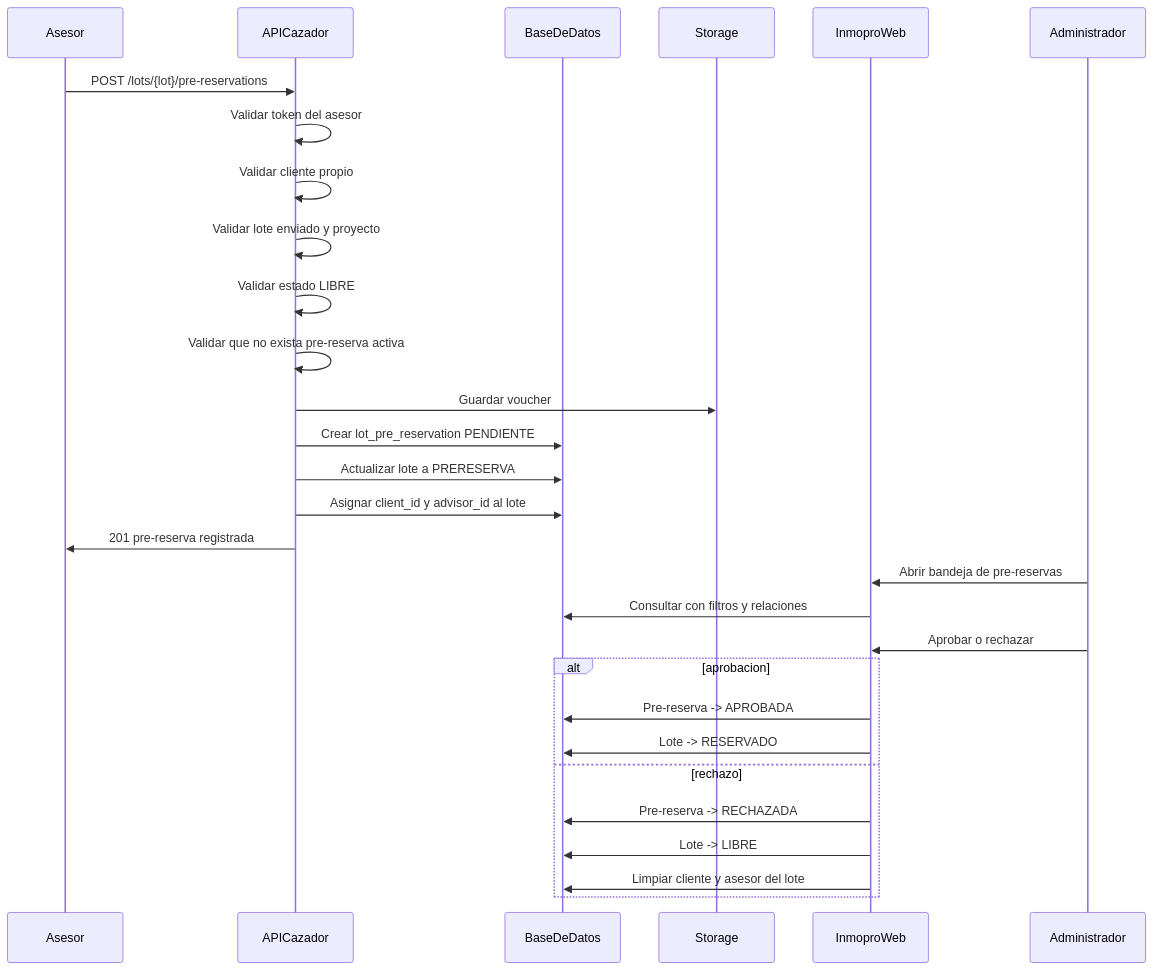
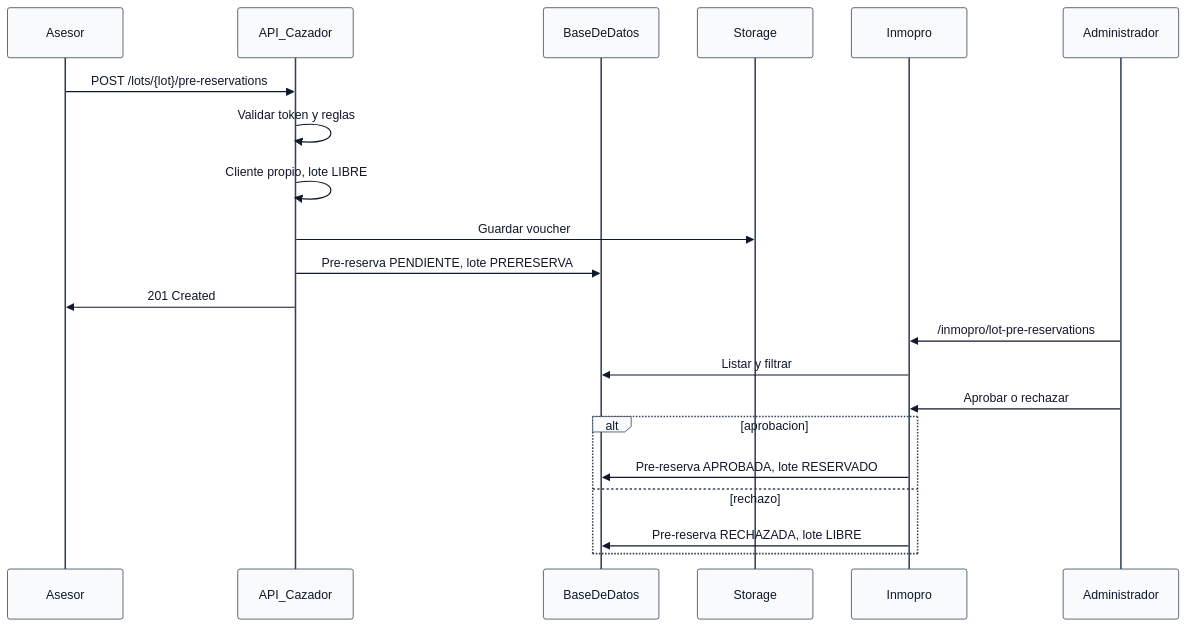
The third of 20 diagrams in docs/GRAFICO_PROCESOS_SISTEMA.md (abitae/crm_lotes), drawn with Mermaid before and after one commit. The commit also changed other lines of this file and 54 other files, not shown here.

````diff
--- a/docs/GRAFICO_PROCESOS_SISTEMA.md
+++ b/docs/GRAFICO_PROCESOS_SISTEMA.md
@@ -66,33 +107,26 @@
 ```mermaid
+%%{init: {'theme':'base', 'themeVariables': {'primaryColor':'#ecfdf5','primaryTextColor':'#0f172a','primaryBorderColor':'#059669','lineColor':'#64748b','actorBkg':'#f8fafc','actorBorder':'#334155'}}}%%
 sequenceDiagram
     participant seller as Asesor
-    participant api as APICazador
+    participant api as API_Cazador
     participant db as BaseDeDatos
     participant storage as Storage
-    participant web as InmoproWeb
+    participant web as Inmopro
     participant admin as Administrador
 
     seller->>api: POST /lots/{lot}/pre-reservations
-    api->>api: Validar token del asesor
-    api->>api: Validar cliente propio
-    api->>api: Validar lote enviado y proyecto
-    api->>api: Validar estado LIBRE
-    api->>api: Validar que no exista pre-reserva activa
+    api->>api: Validar token y reglas
+    api->>api: Cliente propio, lote LIBRE
     api->>storage: Guardar voucher
-    api->>db: Crear lot_pre_reservation PENDIENTE
-    api->>db: Actualizar lote a PRERESERVA
-    api->>db: Asignar client_id y advisor_id al lote
-    api->>seller: 201 pre-reserva registrada
+    api->>db: Pre-reserva PENDIENTE, lote PRERESERVA
+    api->>seller: 201 Created
 
-    admin->>web: Abrir bandeja de pre-reservas
-    web->>db: Consultar con filtros y relaciones
+    admin->>web: /inmopro/lot-pre-reservations
+    web->>db: Listar y filtrar
     admin->>web: Aprobar o rechazar
     alt aprobacion
-        web->>db: Pre-reserva -> APROBADA
-        web->>db: Lote -> RESERVADO
+        web->>db: Pre-reserva APROBADA, lote RESERVADO
     else rechazo
-        web->>db: Pre-reserva -> RECHAZADA
-        web->>db: Lote -> LIBRE
-        web->>db: Limpiar cliente y asesor del lote
+        web->>db: Pre-reserva RECHAZADA, lote LIBRE
     end
 ```
````
